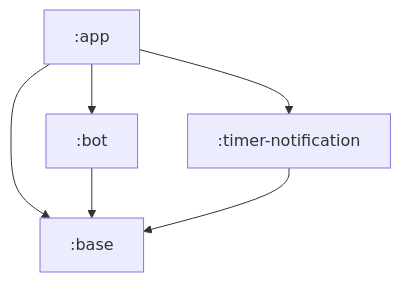
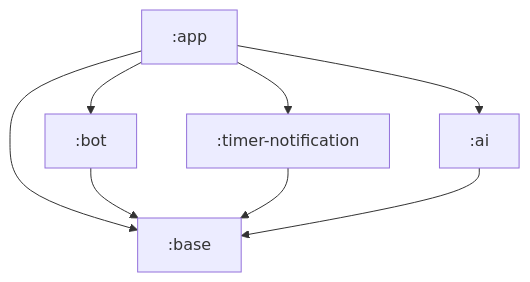
The first of 7 diagrams in README.md (rh-id/a-flash-deck), drawn with Mermaid before and after one commit. The commit also changed other lines of this file and 30 other files, not shown here.

````diff
--- a/README.md
+++ b/README.md
@@ -58,8 +59,10 @@
 ```mermaid
 graph TD
     App[:app] --> Base[:base]
     App --> Bot[:bot]
     App --> Timer[:timer-notification]
+    App --> AI[:ai]
     Bot --> Base
     Timer --> Base
+    AI --> Base
 ```
````
